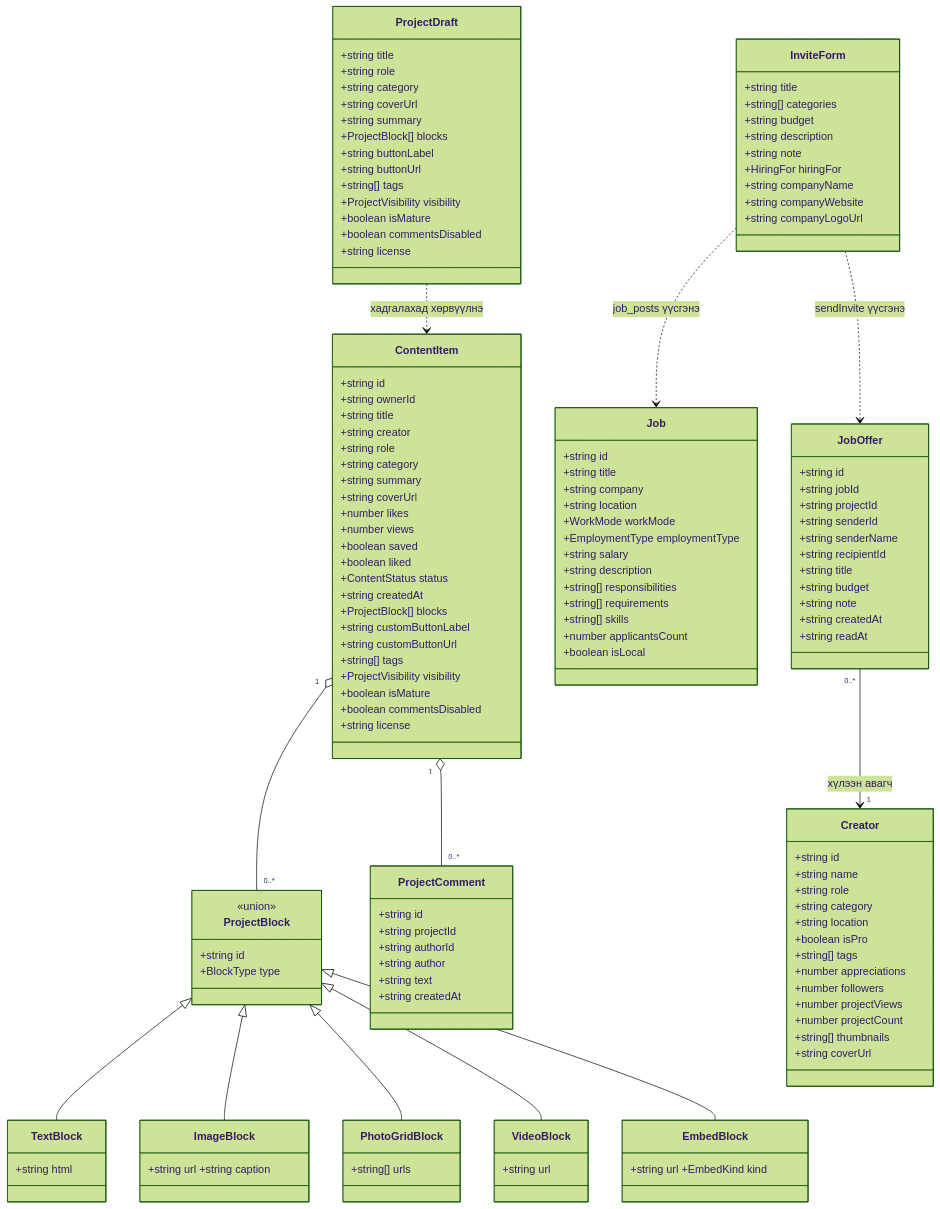
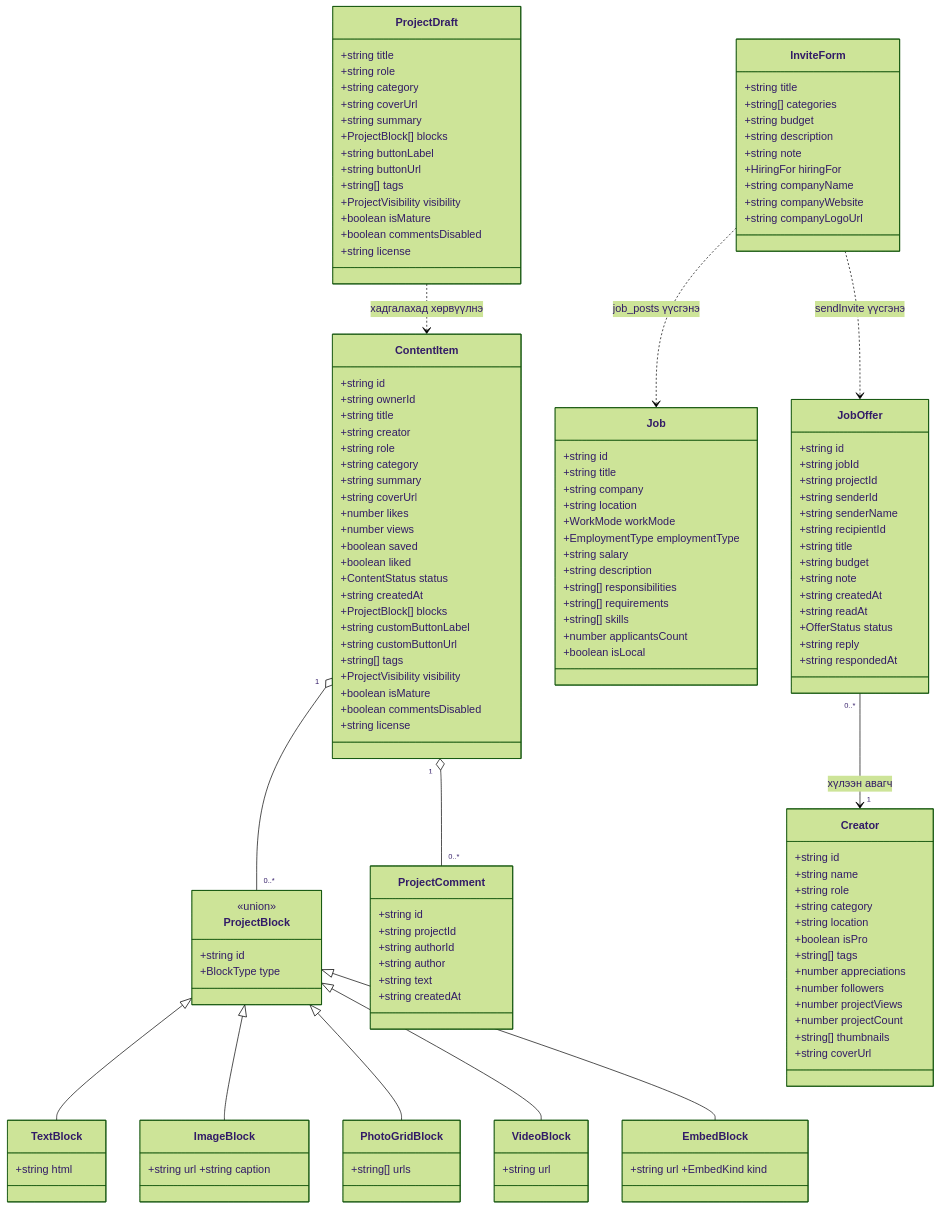
The first of 4 diagrams in docs/diagrams/07-class.md (bdncr/project_x), drawn with Mermaid (forest theme) before and after one commit. The commit also changed other lines of this file and 30 other files, not shown here.

```diff
--- a/docs/diagrams/07-class.md
+++ b/docs/diagrams/07-class.md
@@ -96,6 +96,9 @@
     +string note
     +string createdAt
     +string readAt
+    +OfferStatus status
+    +string reply
+    +string respondedAt
   }
 
   class InviteForm {
```
